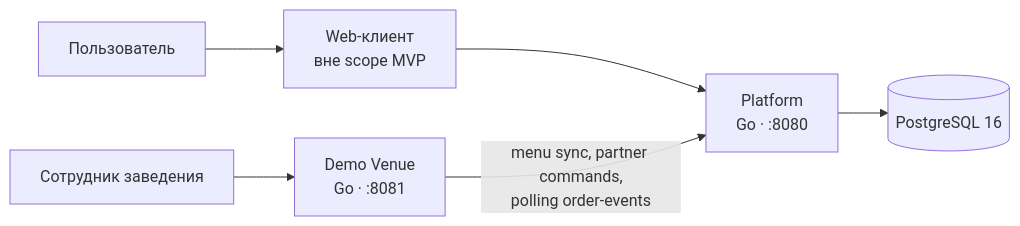
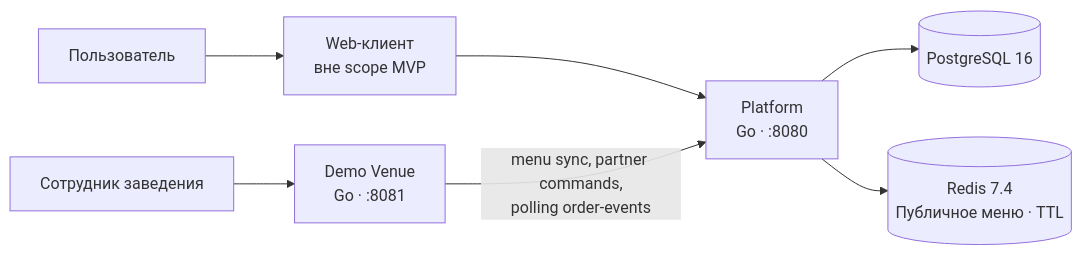
One commit to BR334ARD/mealroute changed the first of 2 diagrams in README.md. Above: the diagram before and after it, drawn with Mermaid. The commit also changed other lines of this file and 12 other files, not shown here.

Commit message:
feat: cache public menus in Redis with versioned keys and fallback

````diff
--- a/README.md
+++ b/README.md
@@ -132,8 +133,9 @@
 ```mermaid
 flowchart LR
     customer[Пользователь] --> web[Web-клиент<br/>вне scope MVP]
     web --> platform[Platform<br/>Go · :8080]
     platform --> database[(PostgreSQL 16)]
+    platform --> cache[(Redis 7.4<br/>Публичное меню · TTL)]
     operator[Сотрудник заведения] --> venue[Demo Venue<br/>Go · :8081]
     venue -->|menu sync, partner commands,<br/>polling order-events| platform
 ```
````
